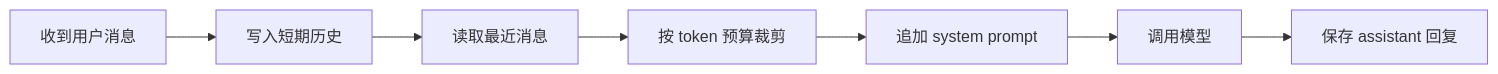
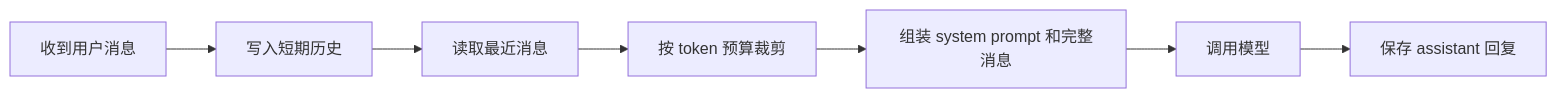
One commit to GuoWWWX/knowledge-base changed the diagram in 10-AI应用开发/04-多轮对话与上下文工程/01-滑动窗口记忆.md. Above: the diagram before and after it, drawn with Mermaid. The commit also changed other lines of this file and 368 other files, not shown here.

````diff
--- a/10-AI应用开发/04-多轮对话与上下文工程/01-滑动窗口记忆.md
+++ b/10-AI应用开发/04-多轮对话与上下文工程/01-滑动窗口记忆.md
@@ -56,9 +55,9 @@
 ```mermaid
 flowchart LR
     A[收到用户消息] --> B[写入短期历史]
     B --> C[读取最近消息]
     C --> D[按 token 预算裁剪]
-    D --> E[追加 system prompt]
+    D --> E[组装 system prompt 和完整消息]
     E --> F[调用模型]
     F --> G[保存 assistant 回复]
 ```
````
